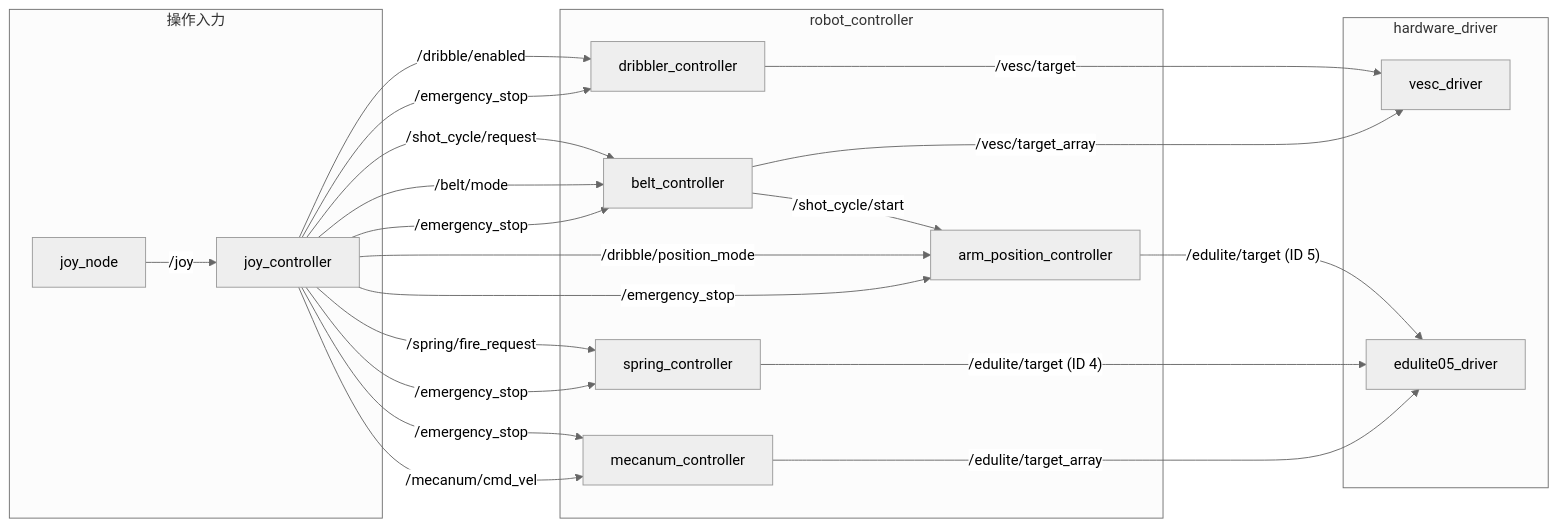
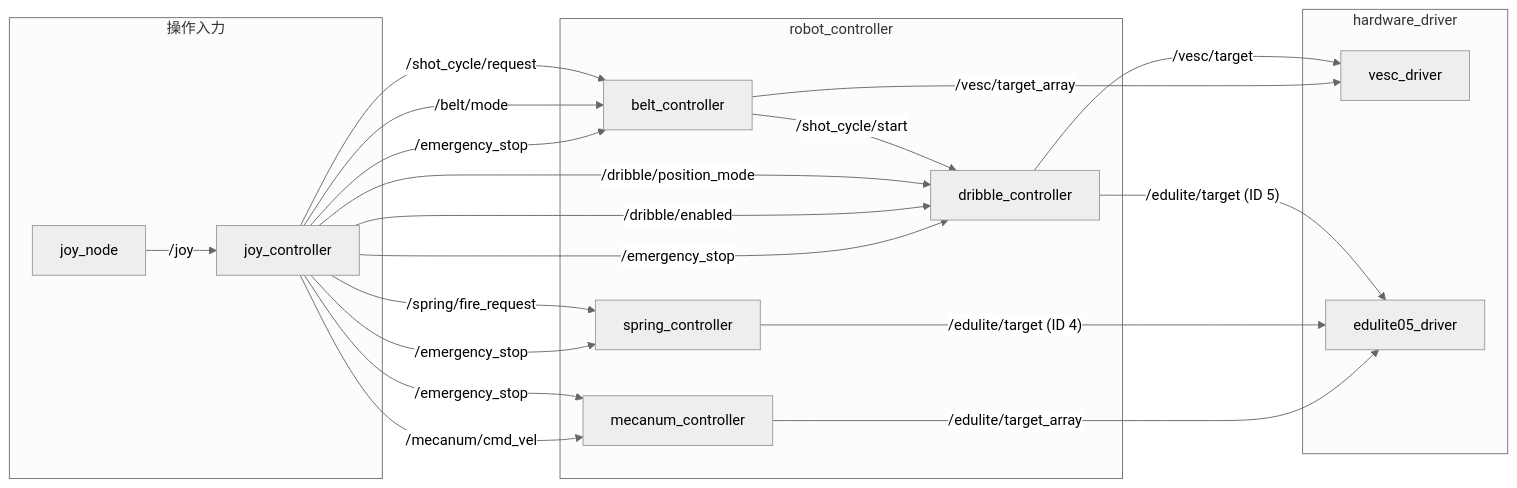
One commit to rodep-soft/rox2026 changed the diagram in ros2_ws/src/robot_controller/README.md. Above: the diagram before and after it, drawn with Mermaid (neutral theme). The commit also changed other lines of this file and 18 other files, not shown here.

````diff
--- a/ros2_ws/src/robot_controller/README.md
+++ b/ros2_ws/src/robot_controller/README.md
@@ -22,41 +20,39 @@
 ```mermaid
 flowchart LR
   subgraph input["操作入力"]
     joy["joy_node"]
     joy_controller["joy_controller"]
     joy -->|"/joy"| joy_controller
   end
 
   subgraph controllers["robot_controller"]
     mecanum["mecanum_controller"]
     spring["spring_controller"]
     belt["belt_controller"]
-    dribbler["dribbler_controller"]
-    arm["arm_position_controller"]
+    dribble["dribble_controller"]
   end
 
   subgraph drivers["hardware_driver"]
     vesc["vesc_driver"]
     edulite["edulite05_driver"]
   end
 
   joy_controller -->|"/mecanum/cmd_vel"| mecanum
   joy_controller -->|"/emergency_stop"| mecanum
   joy_controller -->|"/emergency_stop"| spring
   joy_controller -->|"/emergency_stop"| belt
-  joy_controller -->|"/emergency_stop"| dribbler
-  joy_controller -->|"/emergency_stop"| arm
+  joy_controller -->|"/emergency_stop"| dribble
 
   joy_controller -->|"/belt/mode"| belt
-  joy_controller -->|"/dribble/enabled"| dribbler
-  joy_controller -->|"/dribble/position_mode"| arm
+  joy_controller -->|"/dribble/enabled"| dribble
+  joy_controller -->|"/dribble/position_mode"| dribble
   joy_controller -->|"/spring/fire_request"| spring
   joy_controller -->|"/shot_cycle/request"| belt
-  belt -->|"/shot_cycle/start"| arm
+  belt -->|"/shot_cycle/start"| dribble
 
   belt -->|"/vesc/target_array"| vesc
-  dribbler -->|"/vesc/target"| vesc
+  dribble -->|"/vesc/target"| vesc
   mecanum -->|"/edulite/target_array"| edulite
   spring -->|"/edulite/target (ID 4)"| edulite
-  arm -->|"/edulite/target (ID 5)"| edulite
+  dribble -->|"/edulite/target (ID 5)"| edulite
 ```
````
